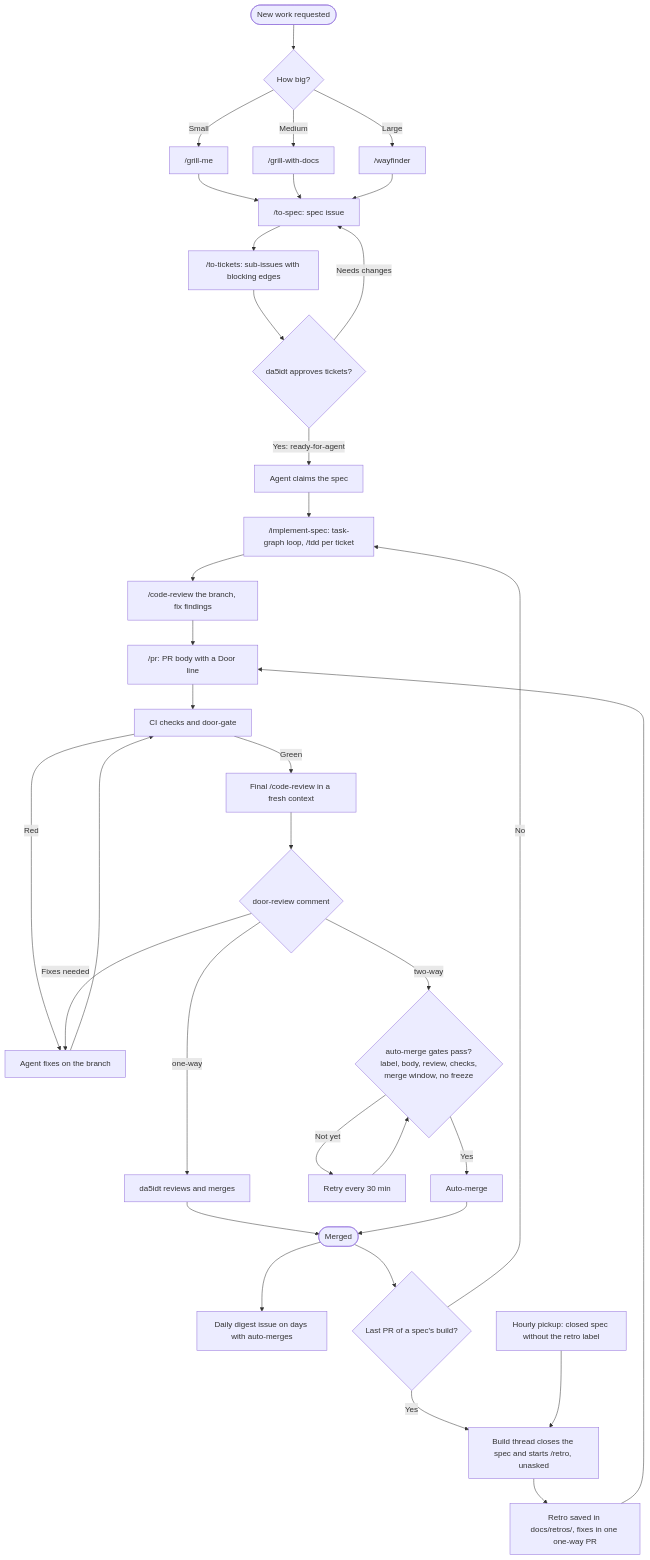
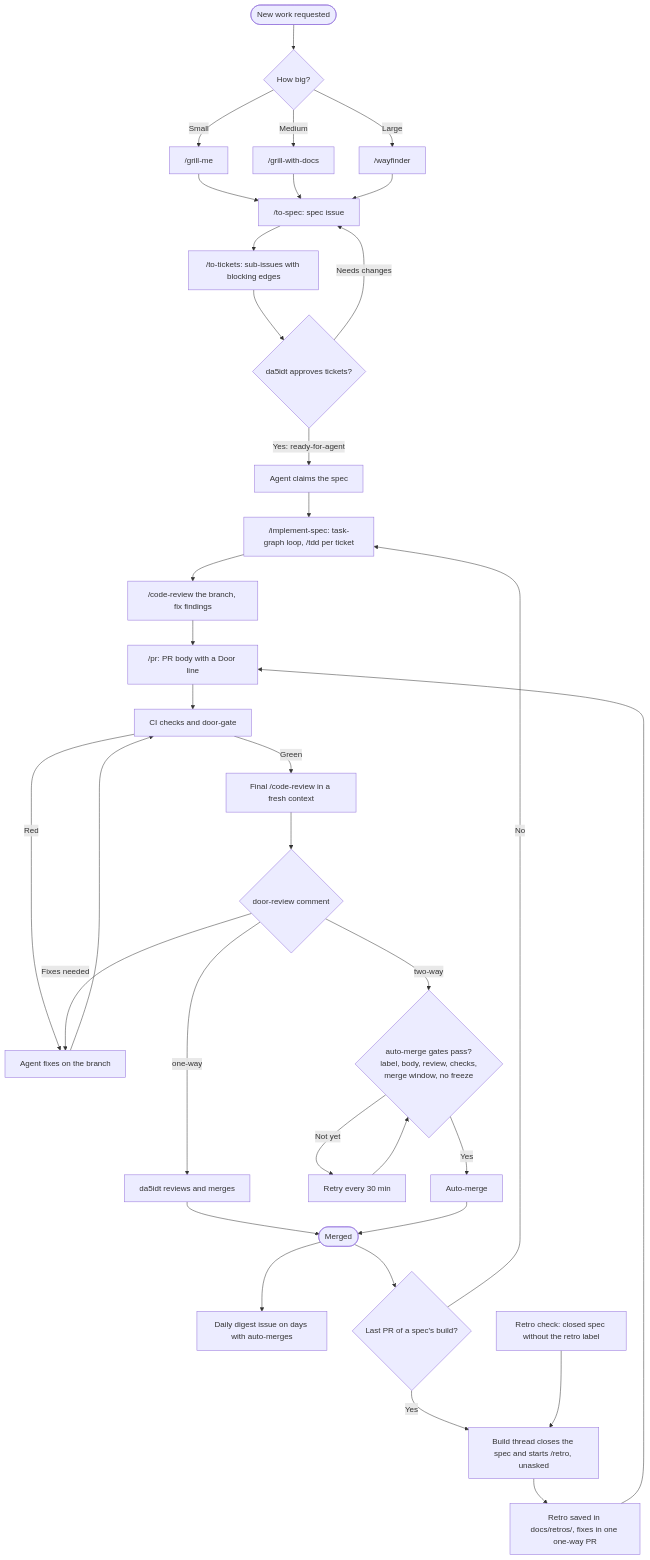
Before and after one commit to da5idt/ironfront: the diagram in docs/workflow.md, drawn with Mermaid. The commit also changed other lines of this file and 1 other file, not shown here.

First line of the commit message:
Name the retro check as the safety net

````diff
--- a/docs/workflow.md
+++ b/docs/workflow.md
@@ -5,35 +5,35 @@
 ```mermaid
 flowchart TD
     A([New work requested]) --> B{How big?}
     B -->|Small| C["/grill-me"]
     B -->|Medium| D["/grill-with-docs"]
     B -->|Large| E["/wayfinder"]
     C --> F["/to-spec: spec issue"]
     D --> F
     E --> F
     F --> G["/to-tickets: sub-issues with blocking edges"]
     G --> H{"da5idt approves tickets?"}
     H -->|Needs changes| F
     H -->|"Yes: ready-for-agent"| I[Agent claims the spec]
     I --> J["/implement-spec: task-graph loop, /tdd per ticket"]
     J --> K["/code-review the branch, fix findings"]
     K --> L["/pr: PR body with a Door line"]
     L --> M[CI checks and door-gate]
     M -->|Red| N[Agent fixes on the branch] --> M
     M -->|Green| O["Final /code-review in a fresh context"]
     O --> P{door-review comment}
     P -->|Fixes needed| N
     P -->|one-way| Q["da5idt reviews and merges"]
     P -->|two-way| R{"auto-merge gates pass?<br/>label, body, review, checks,<br/>merge window, no freeze"}
     R -->|Not yet| S[Retry every 30 min] --> R
     R -->|Yes| U[Auto-merge]
     Q --> V([Merged])
     U --> V
     V --> W[Daily digest issue on days with auto-merges]
     V --> X{Last PR of a spec's build?}
     X -->|No| J
     X -->|Yes| Y["Build thread closes the spec and starts /retro, unasked"]
-    Z["Hourly pickup: closed spec without the retro label"] --> Y
+    Z["Retro check: closed spec without the retro label"] --> Y
     Y --> AA["Retro saved in docs/retros/, fixes in one one-way PR"]
     AA --> L
 ```
````
